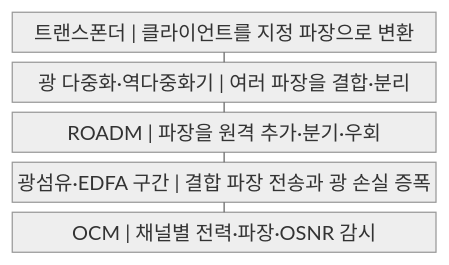
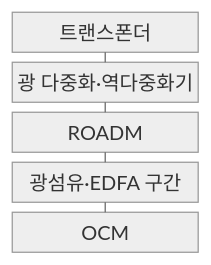
The first of 2 diagrams in src/content/docs/notes/04-network/070_wdm_dwdm.md (agnusdei1207/knowledge-base), drawn with Mermaid (neutral theme) before and after one commit. The commit also changed other lines of this file and 122 other files, not shown here.

````diff
--- a/src/content/docs/notes/04-network/070_wdm_dwdm.md
+++ b/src/content/docs/notes/04-network/070_wdm_dwdm.md
@@ -57,13 +57,13 @@
 ```mermaid
-block
+block-beta
     columns 1
-    A["트랜스폰더 | 클라이언트를 지정 파장으로 변환"]
-    B["광 다중화·역다중화기 | 여러 파장을 결합·분리"]
-    C["ROADM | 파장을 원격 추가·분기·우회"]
-    D["광섬유·EDFA 구간 | 결합 파장 전송과 광 손실 증폭"]
-    E["OCM | 채널별 전력·파장·OSNR 감시"]
+    A["트랜스폰더"]
+    B["광 다중화·역다중화기"]
+    C["ROADM"]
+    D["광섬유·EDFA 구간"]
+    E["OCM"]
     A --- B
     B --- C
     C --- D
     D --- E
 ```
````
